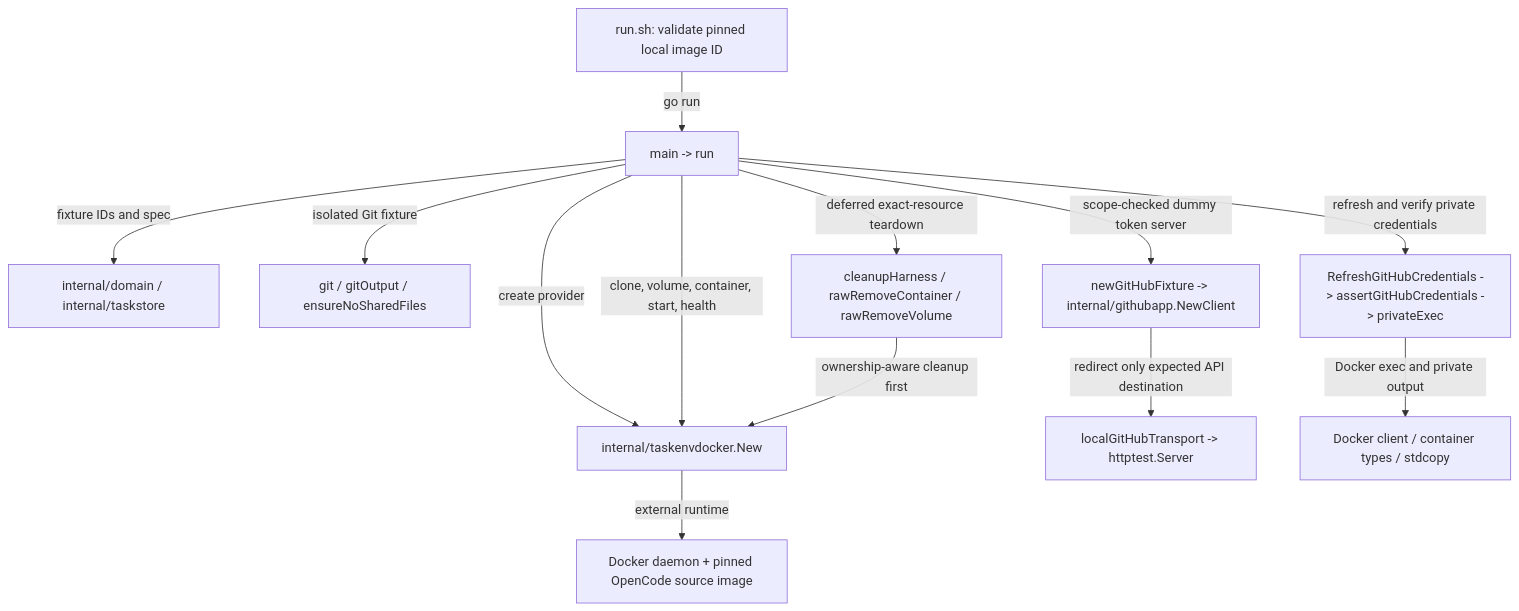
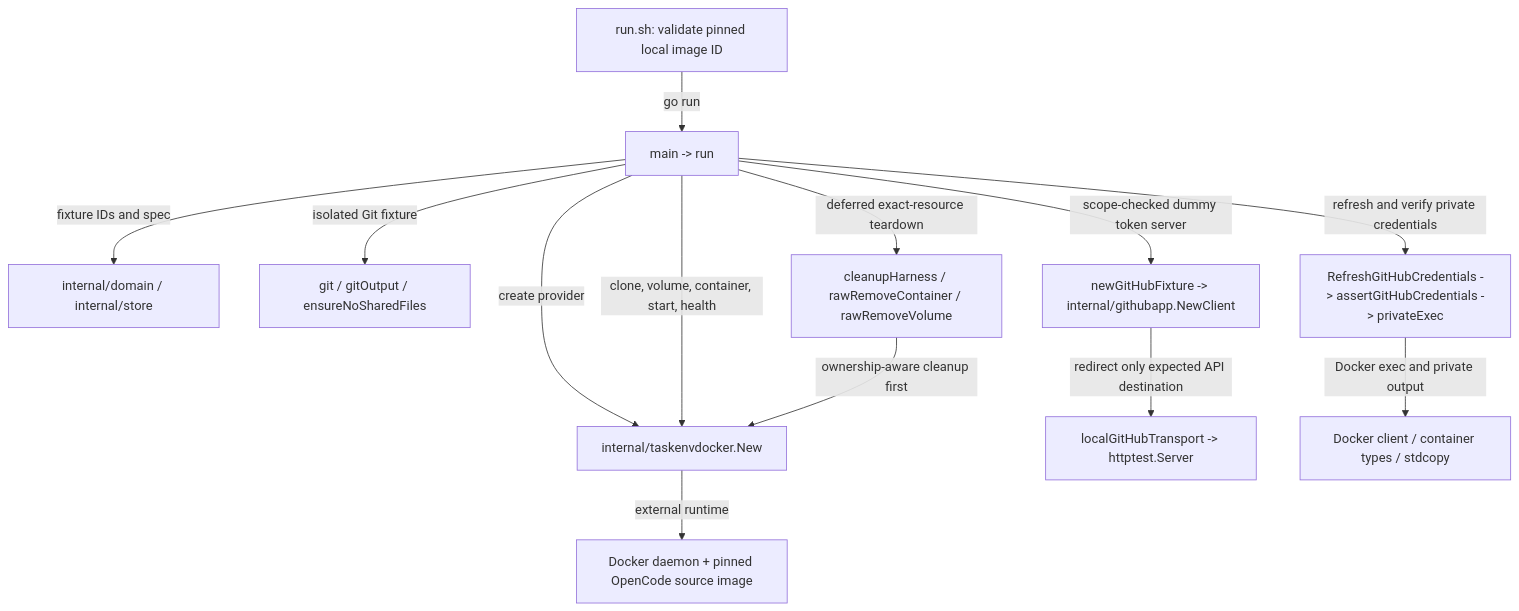
The diagram in integration/background-run-docker/README.md (nebler/fern), drawn with Mermaid before and after one commit. The commit also changed other lines of this file and 66 other files, not shown here.

First line of the commit message:
refactor: rename taskstore to internal/store

````diff
--- a/integration/background-run-docker/README.md
+++ b/integration/background-run-docker/README.md
@@ -12,15 +12,15 @@
 ```mermaid
 flowchart TD
   shell["run.sh: validate pinned local image ID"] -->|"go run"| main["main -> run"]
-  main -->|"fixture IDs and spec"| identity["internal/domain / internal/taskstore"]
+  main -->|"fixture IDs and spec"| identity["internal/domain / internal/store"]
   main -->|"create provider"| provider["internal/taskenvdocker.New"]
   main -->|"isolated Git fixture"| git["git / gitOutput / ensureNoSharedFiles"]
   main -->|"scope-checked dummy token server"| fixture["newGitHubFixture -> internal/githubapp.NewClient"]
   fixture -->|"redirect only expected API destination"| local["localGitHubTransport -> httptest.Server"]
   main -->|"clone, volume, container, start, health"| provider
   main -->|"refresh and verify private credentials"| credentials["RefreshGitHubCredentials -> assertGitHubCredentials -> privateExec"]
   credentials -->|"Docker exec and private output"| docker["Docker client / container types / stdcopy"]
   provider -->|"external runtime"| daemon["Docker daemon + pinned OpenCode source image"]
   main -->|"deferred exact-resource teardown"| cleanup["cleanupHarness / rawRemoveContainer / rawRemoveVolume"]
   cleanup -->|"ownership-aware cleanup first"| provider
 ```
````
